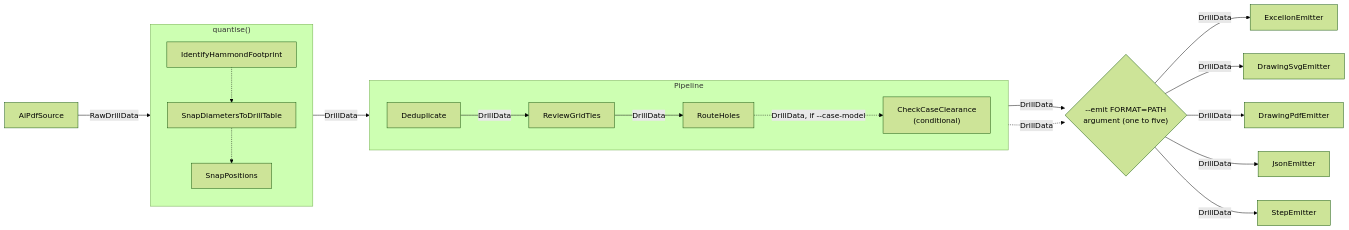
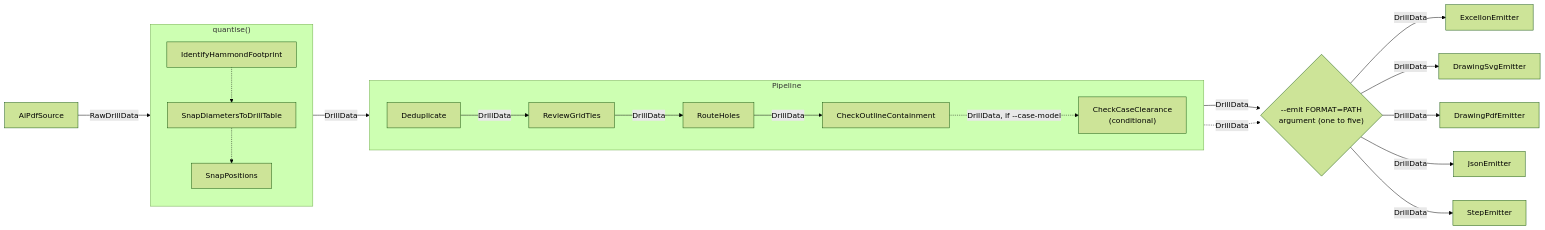
The diagram in docs/adr/0001-pipeline-and-emitter-adapters.md (sheophe/stompcad), drawn with Mermaid (forest theme) before and after one commit. The commit also changed other lines of this file and 4 other files, not shown here.

````diff
--- a/docs/adr/0001-pipeline-and-emitter-adapters.md
+++ b/docs/adr/0001-pipeline-and-emitter-adapters.md
@@ -42,41 +42,43 @@
 ```mermaid
 flowchart LR
     source["AiPdfSource"]
 
     subgraph quantise["quantise()"]
         direction TB
         footprint["IdentifyHammondFootprint"]
         snap_drill["SnapDiametersToDrillTable"]
         snap_position["SnapPositions"]
         footprint -.-> snap_drill
         snap_drill -.-> snap_position
     end
 
     subgraph pipeline["Pipeline"]
         direction LR
         dedupe["Deduplicate"]
         ties["ReviewGridTies"]
         route["RouteHoles"]
+        contain["CheckOutlineContainment"]
         clearance["CheckCaseClearance<br/>(conditional)"]
         dedupe -->|DrillData| ties
         ties -->|DrillData| route
-        route -.->|DrillData, if --case-model| clearance
+        route -->|DrillData| contain
+        contain -.->|DrillData, if --case-model| clearance
     end
 
     excellon["ExcellonEmitter"]
     drawing["DrawingSvgEmitter"]
     drawing_pdf["DrawingPdfEmitter"]
     json["JsonEmitter"]
     step["StepEmitter"]
     selected{"--emit FORMAT=PATH<br/>argument (one to five)"}
 
     source -->|RawDrillData| quantise
     quantise -->|DrillData| dedupe
-    route -->|DrillData| selected
+    contain -->|DrillData| selected
     clearance -.->|DrillData| selected
     selected -->|DrillData| excellon
     selected -->|DrillData| drawing
     selected -->|DrillData| drawing_pdf
     selected -->|DrillData| json
     selected -->|DrillData| step
 ```
````
